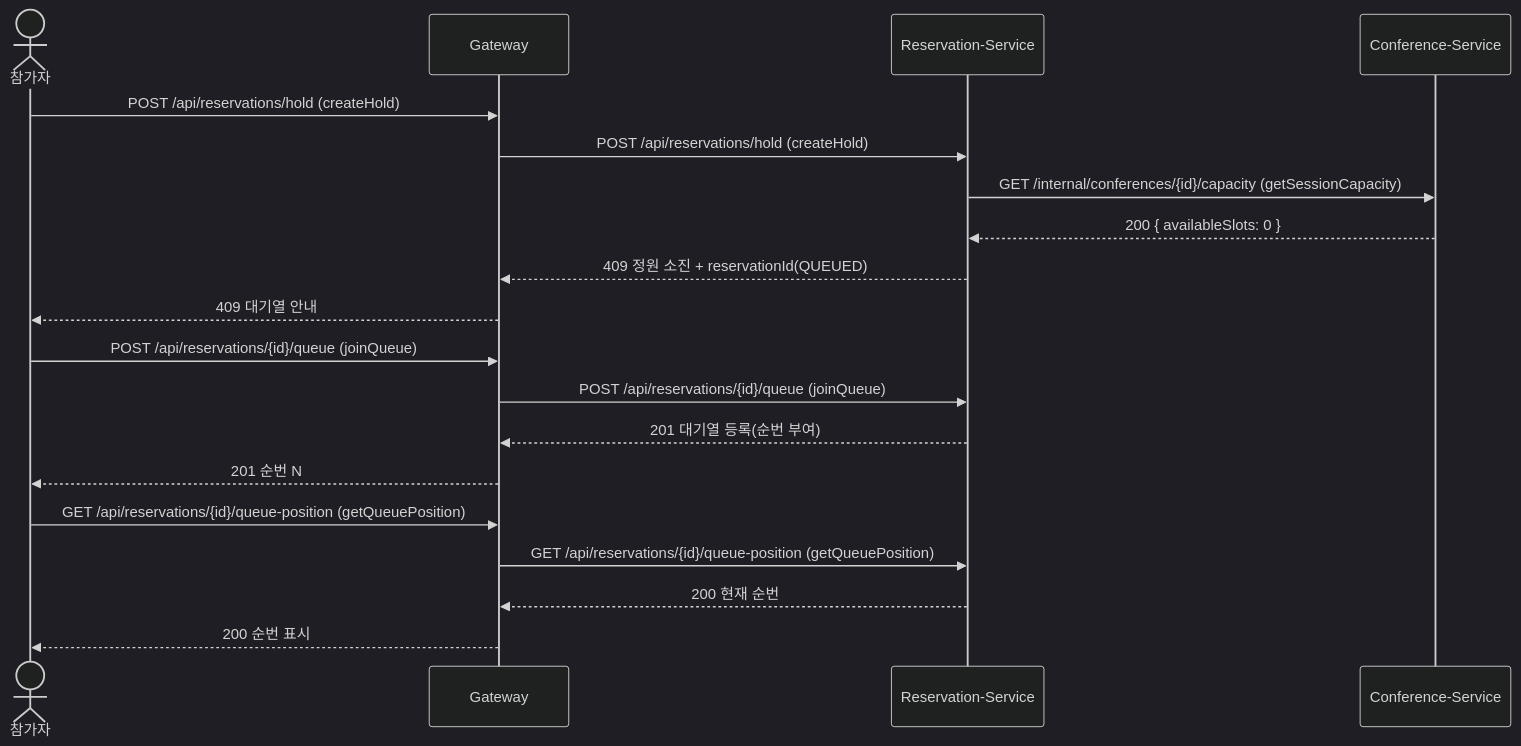
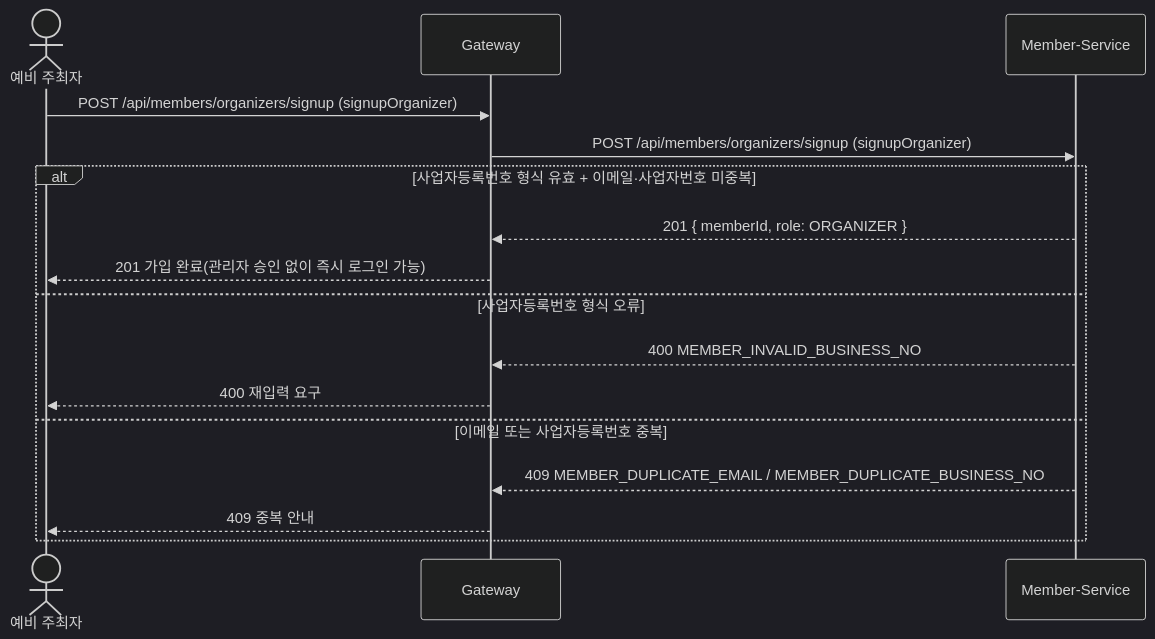
Before and after one commit to likelion-backend-24th/Final-Project-Team3: the fifth of 17 diagrams in docs/시퀀스.md, drawn with Mermaid (dark theme). The commit also changed other lines of this file and 12 other files, not shown here.

````diff
--- a/docs/시퀀스.md
+++ b/docs/시퀀스.md
@@ -95,21 +98,18 @@
 ```mermaid
 sequenceDiagram
-    actor P as 참가자
+    actor PO as 예비 주최자
     participant G as Gateway
-    participant RS as Reservation-Service
-    participant CS as Conference-Service
-    P->>G: POST /api/reservations/hold (createHold)
-    G->>RS: POST /api/reservations/hold (createHold)
-    RS->>CS: GET /internal/conferences/{id}/capacity (getSessionCapacity)
-    CS-->>RS: 200 { availableSlots: 0 }
-    RS-->>G: 409 정원 소진 + reservationId(QUEUED)
-    G-->>P: 409 대기열 안내
-    P->>G: POST /api/reservations/{id}/queue (joinQueue)
-    G->>RS: POST /api/reservations/{id}/queue (joinQueue)
-    RS-->>G: 201 대기열 등록(순번 부여)
-    G-->>P: 201 순번 N
-    P->>G: GET /api/reservations/{id}/queue-position (getQueuePosition)
-    G->>RS: GET /api/reservations/{id}/queue-position (getQueuePosition)
-    RS-->>G: 200 현재 순번
-    G-->>P: 200 순번 표시
+    participant MS as Member-Service
+    PO->>G: POST /api/members/organizers/signup (signupOrganizer)
+    G->>MS: POST /api/members/organizers/signup (signupOrganizer)
+    alt 사업자등록번호 형식 유효 + 이메일·사업자번호 미중복
+        MS-->>G: 201 { memberId, role: ORGANIZER }
+        G-->>PO: 201 가입 완료(관리자 승인 없이 즉시 로그인 가능)
+    else 사업자등록번호 형식 오류
+        MS-->>G: 400 MEMBER_INVALID_BUSINESS_NO
+        G-->>PO: 400 재입력 요구
+    else 이메일 또는 사업자등록번호 중복
+        MS-->>G: 409 MEMBER_DUPLICATE_EMAIL / MEMBER_DUPLICATE_BUSINESS_NO
+        G-->>PO: 409 중복 안내
+    end
 ```
````
